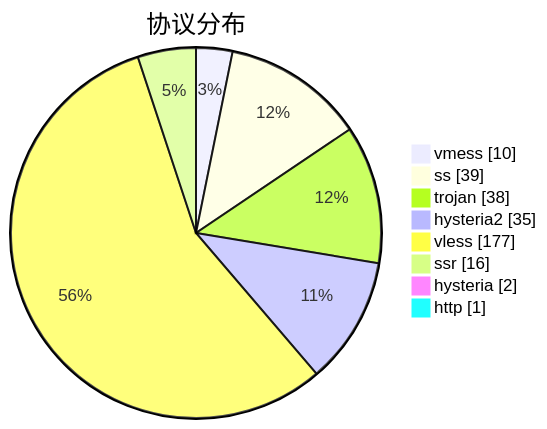
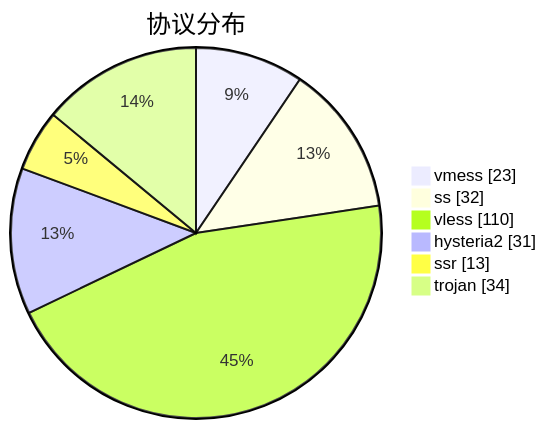
Before and after one commit to sinspired/airport: the third of 3 diagrams in subs/statistics/tested_within.md, drawn with Mermaid. The commit also changed other lines of this file and 2 other files, not shown here.

````diff
--- a/subs/statistics/tested_within.md
+++ b/subs/statistics/tested_within.md
@@ -42,12 +42,10 @@
 ```mermaid
 pie showData
 title 协议分布
-"vmess" : 10
-"ss" : 39
-"trojan" : 38
-"hysteria2" : 35
-"vless" : 177
-"ssr" : 16
-"hysteria" : 2
-"http" : 1
+"vmess" : 23
+"ss" : 32
+"vless" : 110
+"hysteria2" : 31
+"ssr" : 13
+"trojan" : 34
 ```
````
